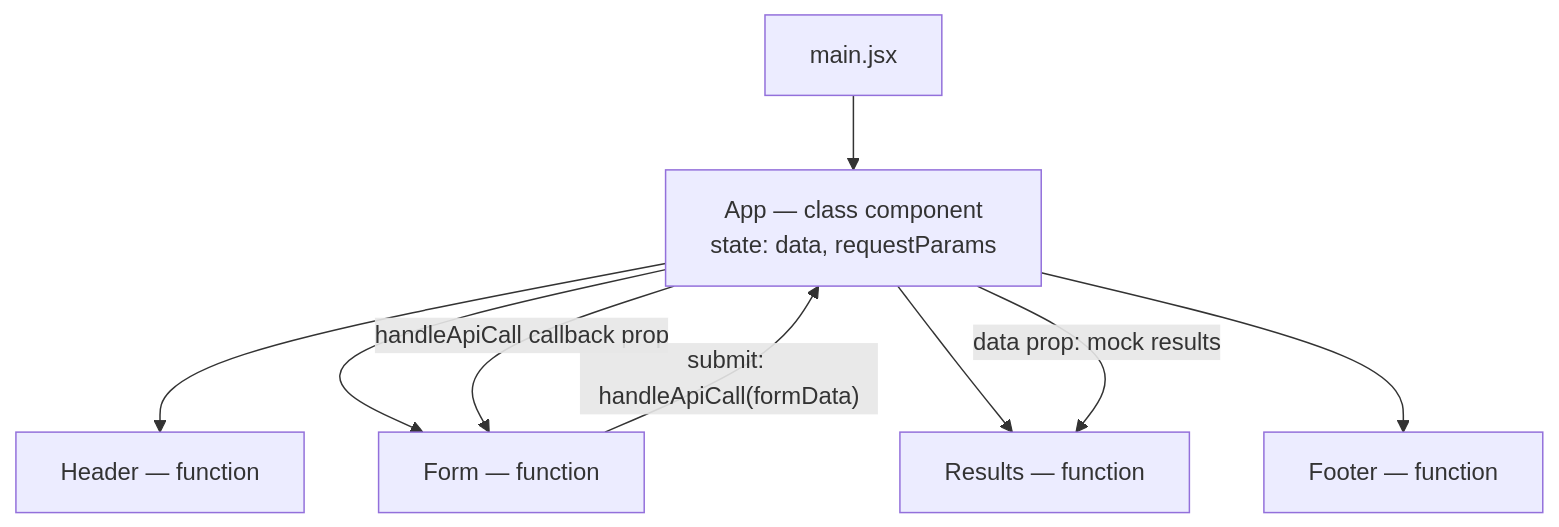
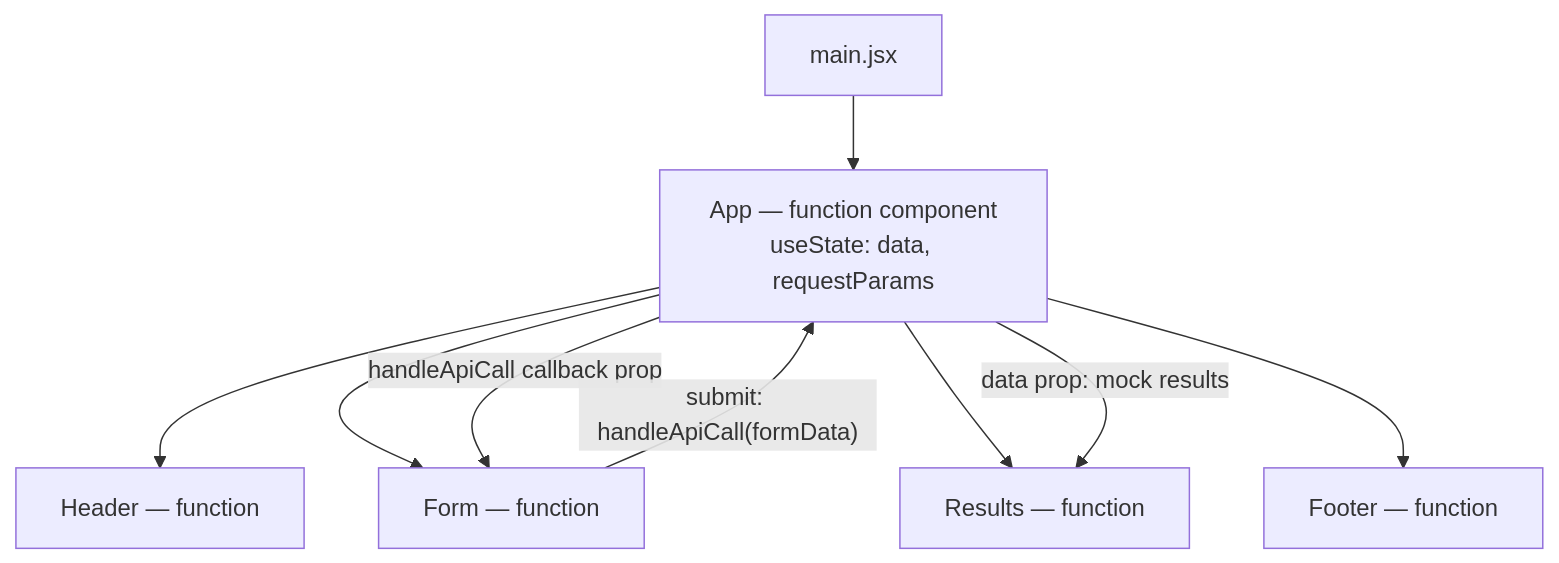
The diagram in README.md (tonch-LIV/rest-ez), drawn with Mermaid before and after one commit. The commit also changed other lines of this file and 3 other files, not shown here.

````diff
--- a/README.md
+++ b/README.md
@@ -44,12 +52,12 @@
 ```mermaid
 flowchart TD
-    Main["main.jsx"] --> App["App — class component<br/>state: data, requestParams"]
+    Main["main.jsx"] --> App["App — function component<br/>useState: data, requestParams"]
     App --> Header["Header — function"]
     App --> Form["Form — function"]
     App --> Results["Results — function"]
     App --> Footer["Footer — function"]
 
     App -->|"handleApiCall callback prop"| Form
     Form -->|"submit: handleApiCall(formData)"| App
     App -->|"data prop: mock results"| Results
 ```
````
